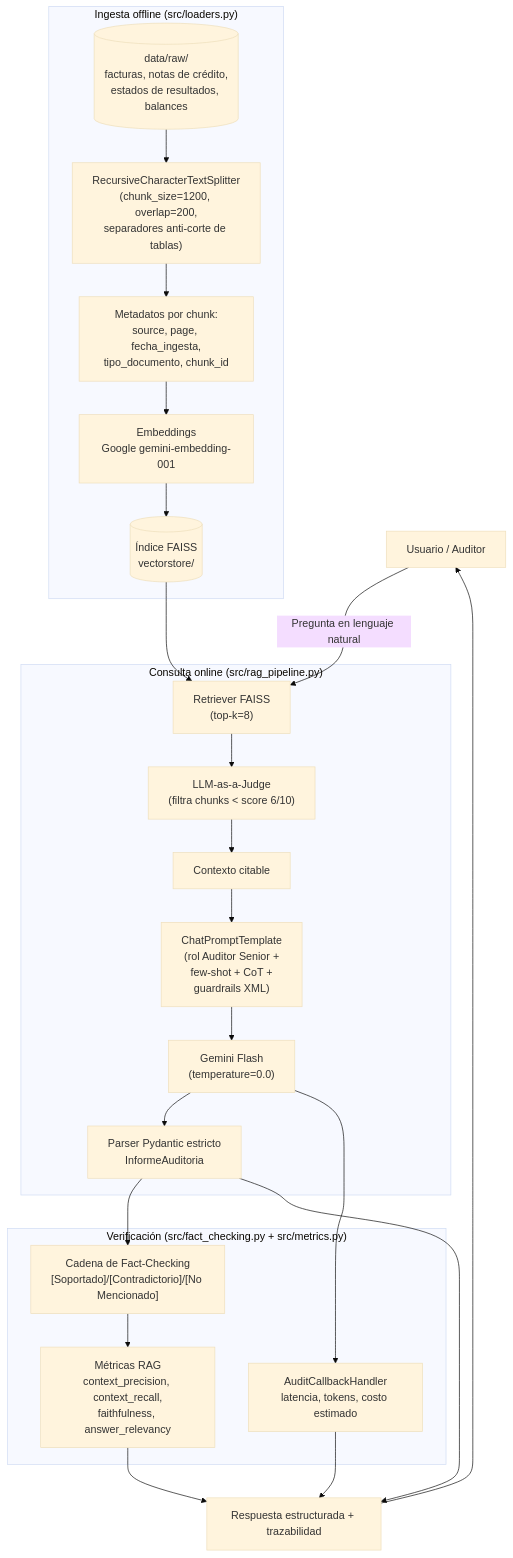
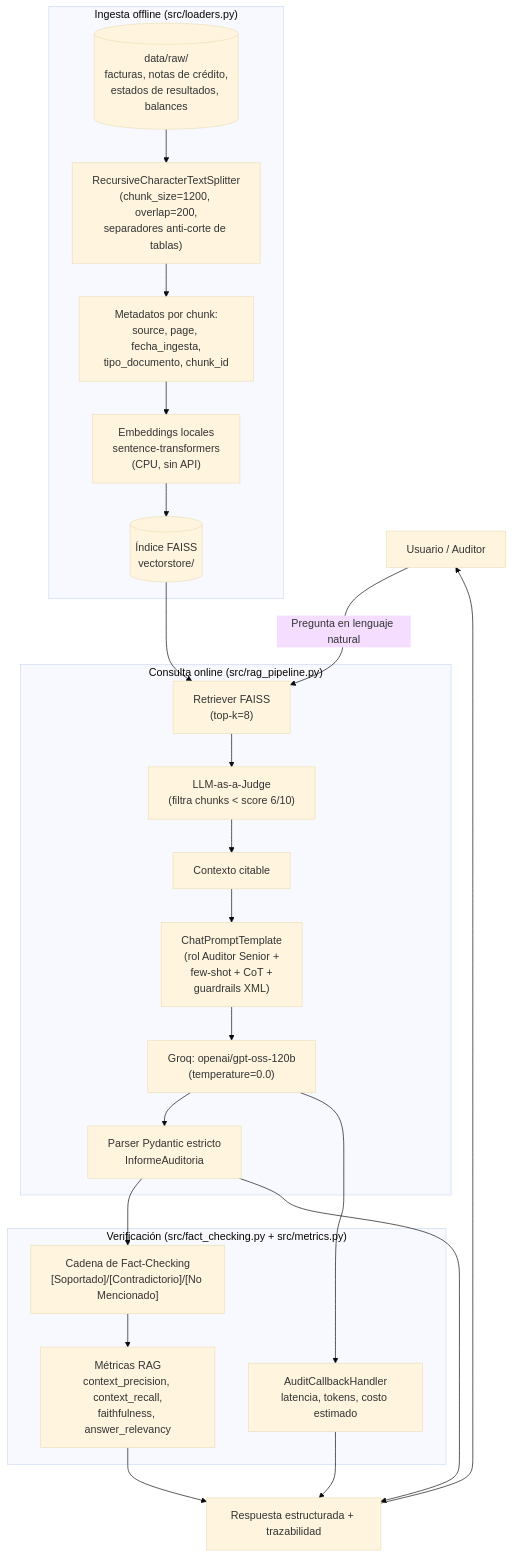
One commit to Martin-Vasquez-lab/RAG_Finanzas changed the diagram in docs/architecture.mmd. Above: the diagram before and after it, drawn with Mermaid (base theme). The commit also changed 6 other files, not shown here.

```diff
--- a/docs/architecture.mmd
+++ b/docs/architecture.mmd
@@ -1,29 +1,29 @@
 flowchart TD
     U[Usuario / Auditor] -->|Pregunta en lenguaje natural| R
 
     subgraph Ingesta["Ingesta offline (src/loaders.py)"]
         RAW[("data/raw/\nfacturas, notas de crédito,\nestados de resultados, balances")] --> SPLIT["RecursiveCharacterTextSplitter\n(chunk_size=1200, overlap=200,\nseparadores anti-corte de tablas)"]
         SPLIT --> META["Metadatos por chunk:\nsource, page, fecha_ingesta,\ntipo_documento, chunk_id"]
-        META --> EMB["Embeddings\nGoogle gemini-embedding-001"]
+        META --> EMB["Embeddings locales\nsentence-transformers\n(CPU, sin API)"]
         EMB --> IDX[("Índice FAISS\nvectorstore/")]
     end
 
     subgraph Consulta["Consulta online (src/rag_pipeline.py)"]
         R["Retriever FAISS\n(top-k=8)"] --> J["LLM-as-a-Judge\n(filtra chunks < score 6/10)"]
         J --> CTX["Contexto citable\n<contexto_auditoria>"]
         CTX --> P["ChatPromptTemplate\n(rol Auditor Senior +\nfew-shot + CoT +\nguardrails XML)"]
-        P --> LLM["Gemini Flash\n(temperature=0.0)"]
+        P --> LLM["Groq: openai/gpt-oss-120b\n(temperature=0.0)"]
         LLM --> OUT["Parser Pydantic estricto\nInformeAuditoria"]
     end
 
     subgraph Verificacion["Verificación (src/fact_checking.py + src/metrics.py)"]
         OUT --> FC["Cadena de Fact-Checking\n[Soportado]/[Contradictorio]/[No Mencionado]"]
         FC --> MET["Métricas RAG\ncontext_precision, context_recall,\nfaithfulness, answer_relevancy"]
         LLM --> CB["AuditCallbackHandler\nlatencia, tokens, costo estimado"]
     end
 
     IDX --> R
     OUT --> RESP[Respuesta estructurada + trazabilidad]
     MET --> RESP
     CB --> RESP
     RESP --> U
```
